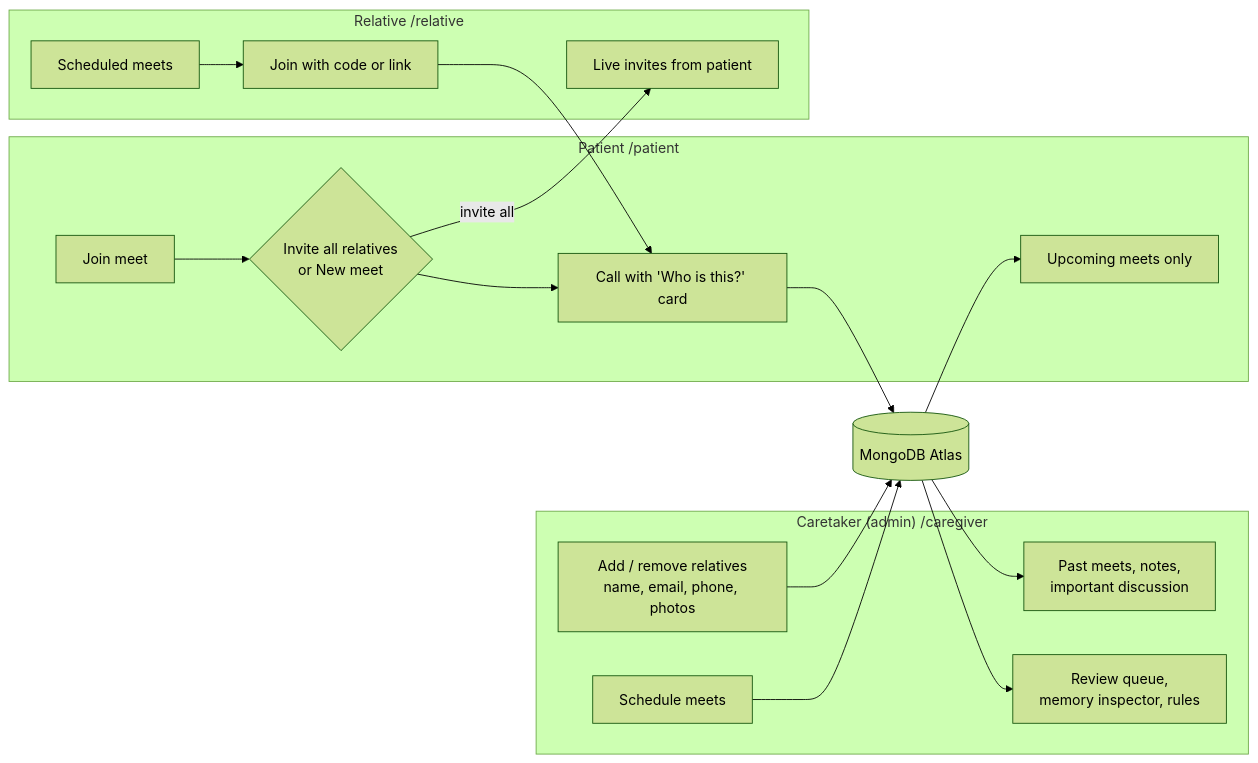
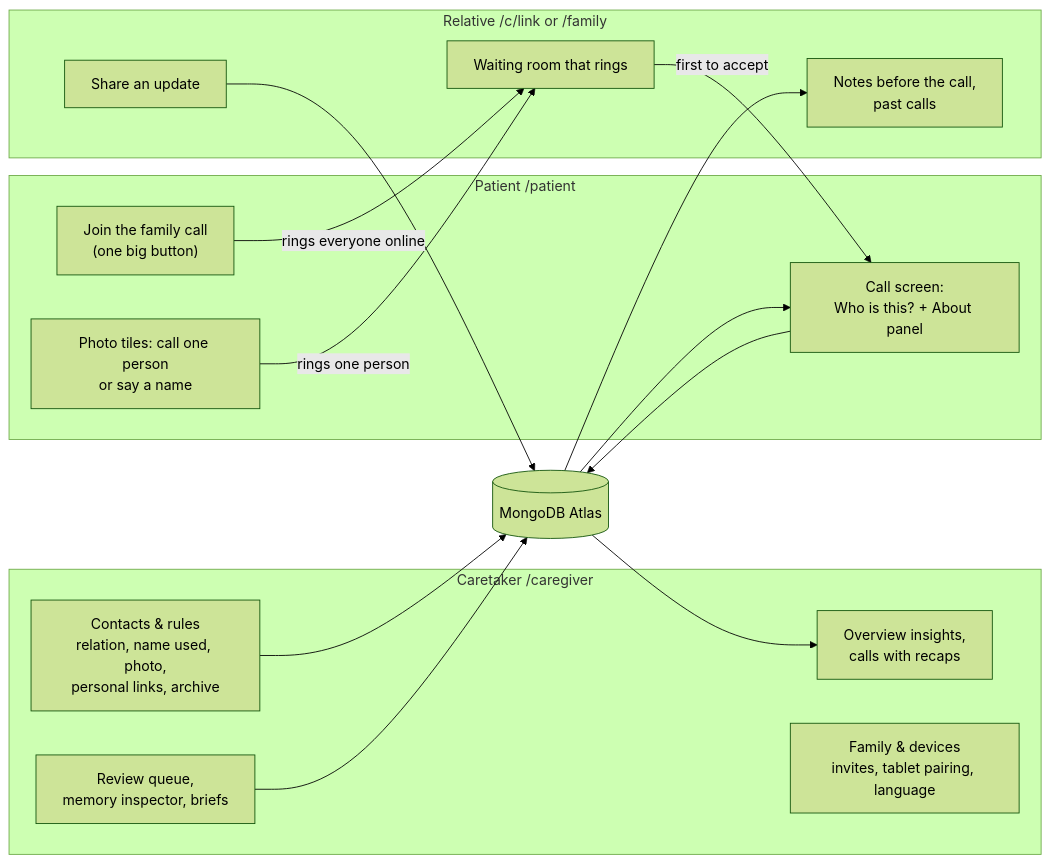
One commit to GREENRAT-K405/UNCHARTED changed the second of 3 diagrams in README.md. Above: the diagram before and after it, drawn with Mermaid (forest theme). The commit also changed other lines of this file, not shown here.

Commit message:
README: describe the deployed app (family call, relative links and accounts, Who is this? card, Render + Vercel)

````diff
--- a/README.md
+++ b/README.md
@@ -132,30 +135,30 @@
 ```mermaid
 flowchart LR
-    subgraph Caretaker["Caretaker (admin) /caregiver"]
-        C1["Add / remove relatives<br/>name, email, phone, photos"]
-        C2[Schedule meets]
-        C3["Past meets, notes,<br/>important discussion"]
-        C4["Review queue,<br/>memory inspector, rules"]
+    subgraph Caretaker["Caretaker /caregiver"]
+        C1["Contacts & rules<br/>relation, name used, photo,<br/>personal links, archive"]
+        C2["Review queue,<br/>memory inspector, briefs"]
+        C3["Overview insights,<br/>calls with recaps"]
+        C4["Family & devices<br/>invites, tablet pairing, language"]
     end
     subgraph Patient["Patient /patient"]
-        P1[Upcoming meets only]
-        P2[Join meet]
-        P3{"Invite all relatives<br/>or New meet"}
-        P4["Call with 'Who is this?' card"]
+        P1["Join the family call<br/>(one big button)"]
+        P2["Photo tiles: call one person<br/>or say a name"]
+        P3["Call screen:<br/>Who is this? + About panel"]
     end
-    subgraph Relative["Relative /relative"]
-        R1[Live invites from patient]
-        R2[Scheduled meets]
-        R3[Join with code or link]
+    subgraph Relative["Relative /c/link or /family"]
+        R1["Waiting room that rings"]
+        R2["Share an update"]
+        R3["Notes before the call,<br/>past calls"]
     end
     DB[(MongoDB Atlas)]
     C1 --> DB
     C2 --> DB
-    DB --> P1
-    P2 --> P3 --> P4
-    P3 -- invite all --> R1
-    R2 --> R3 --> P4
-    P4 --> DB
     DB --> C3
-    DB --> C4
+    P1 -- rings everyone online --> R1
+    P2 -- rings one person --> R1
+    R1 -- first to accept --> P3
+    R2 --> DB
+    P3 --> DB
+    DB --> P3
+    DB --> R3
 ```
````
